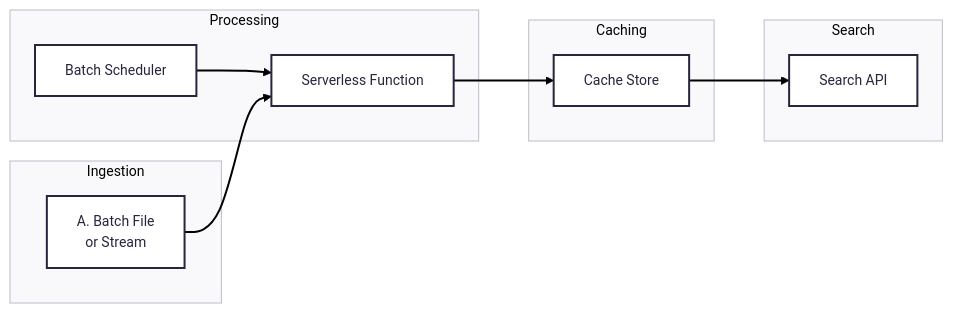
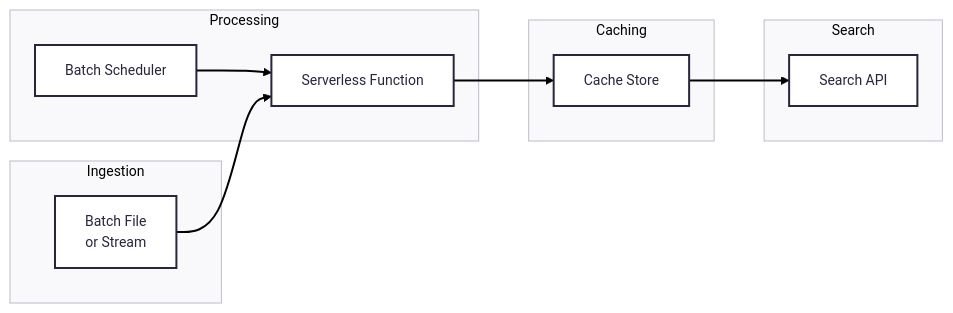
One commit to tvergilio/enterprise-streaming-architecture changed the diagram in source/serverless-batch-architecture.mmd. Above: the diagram before and after it, drawn with Mermaid. The commit also changed 4 other files, not shown here.

First line of the commit message:
Added streaming architecture diagram in Mermaid format

```diff
--- a/source/serverless-batch-architecture.mmd
+++ b/source/serverless-batch-architecture.mmd
@@ -1,22 +1,22 @@
 ---
 config:
   theme: redux
 ---
 flowchart LR
     subgraph Ingestion
-        A[A. Batch File<br/>or Stream]
+        A[Batch File<br/>or Stream]
     end
     subgraph Processing
         B["Batch Scheduler"]
         C["Serverless Function"]
     end
     subgraph Caching
         D["Cache Store"]
     end
     subgraph Search
         E[Search API]
     end
     B --> C
     A --> C
     C --> D
     D --> E
```
